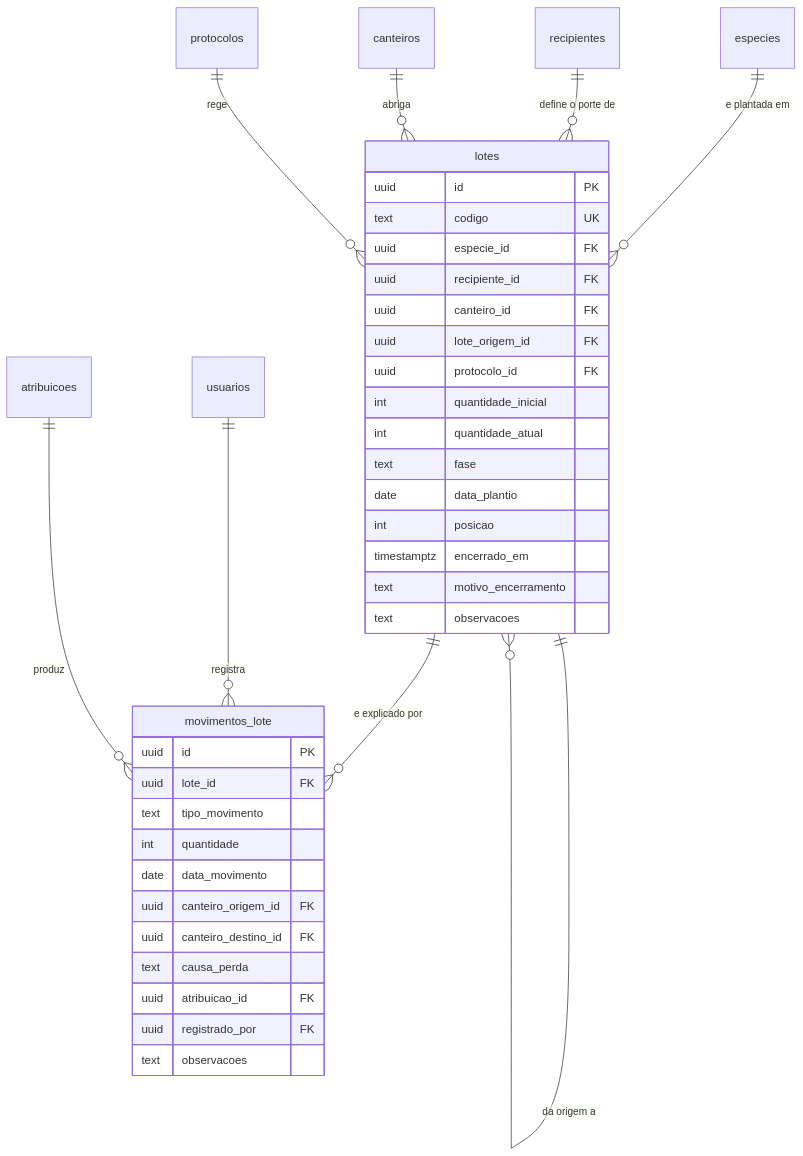
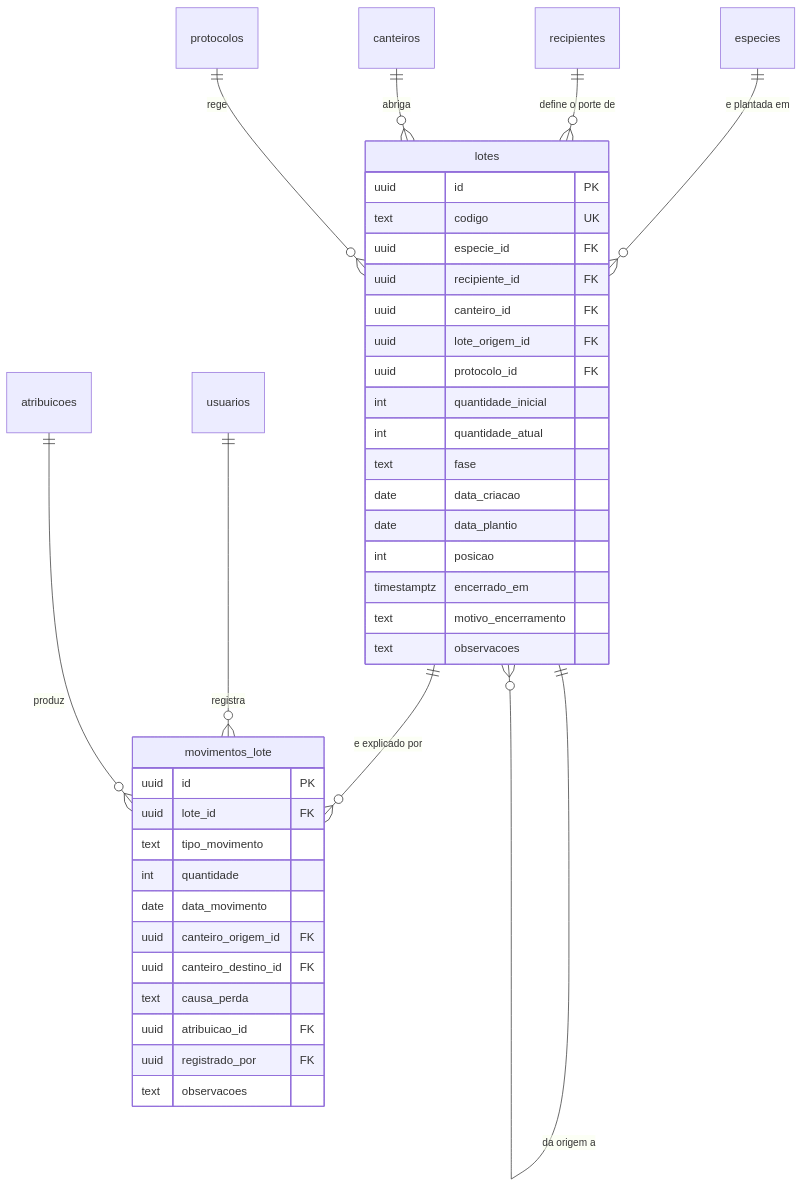
One commit to JoaoMudar/tcc changed the diagram in docs/engenharia/modelo-dados-pt/mmd/fig15-producao-lote.mmd. Above: the diagram before and after it, drawn with Mermaid. The commit also changed 18 other files, not shown here.

```diff
--- a/docs/engenharia/modelo-dados-pt/mmd/fig15-producao-lote.mmd
+++ b/docs/engenharia/modelo-dados-pt/mmd/fig15-producao-lote.mmd
@@ -1,46 +1,47 @@
 erDiagram
   lotes {
     uuid        id PK
     text        codigo UK
     uuid        especie_id FK
     uuid        recipiente_id FK
     uuid        canteiro_id FK
     uuid        lote_origem_id FK
     uuid        protocolo_id FK
     int         quantidade_inicial
     int         quantidade_atual
     text        fase
+    date        data_criacao
     date        data_plantio
     int         posicao
     timestamptz encerrado_em
     text        motivo_encerramento
     text        observacoes
   }
   movimentos_lote {
     uuid id PK
     uuid lote_id FK
     text tipo_movimento
     int  quantidade
     date data_movimento
     uuid canteiro_origem_id FK
     uuid canteiro_destino_id FK
     text causa_perda
     uuid atribuicao_id FK
     uuid registrado_por FK
     text observacoes
   }
   especies {}
   recipientes {}
   canteiros {}
   usuarios {}
   atribuicoes {}
   protocolos {}
 
   lotes ||--o{ movimentos_lote : "e explicado por"
   lotes ||--o{ lotes           : "da origem a"
   especies    ||--o{ lotes : "e plantada em"
   recipientes ||--o{ lotes : "define o porte de"
   canteiros   ||--o{ lotes : "abriga"
   usuarios    ||--o{ movimentos_lote : "registra"
   atribuicoes ||--o{ movimentos_lote : "produz"
   protocolos  ||--o{ lotes : "rege"
```
